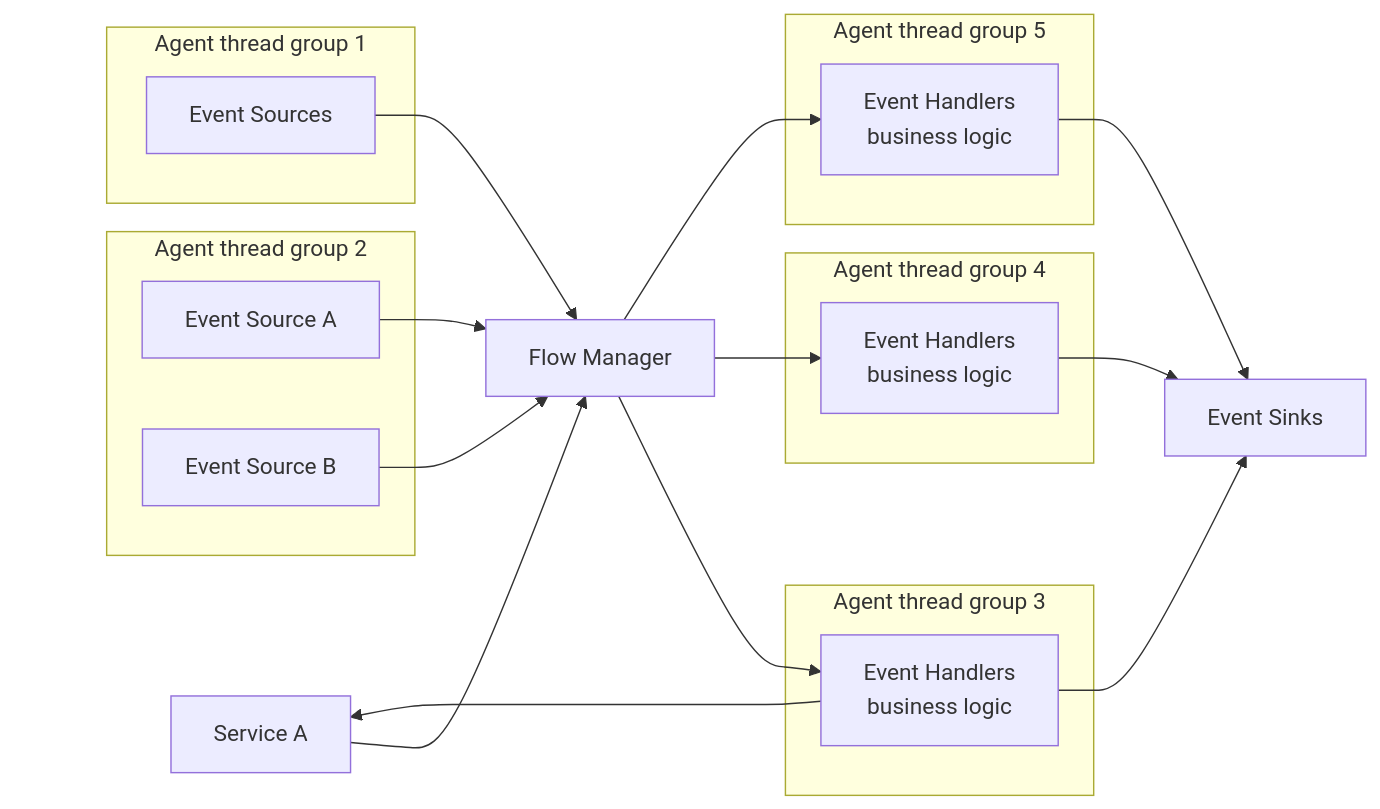
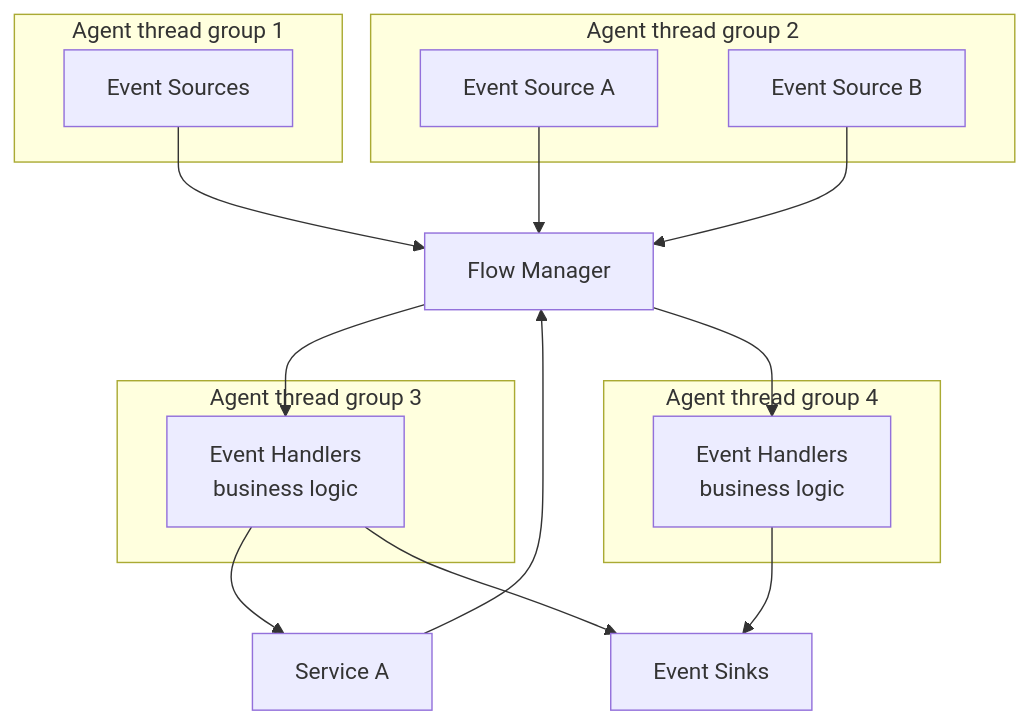
The first of 2 diagrams in docs/guide/overview.md (gregv12/fluxtion-server), drawn with Mermaid before and after one commit. The commit also changed 5 other files, not shown here.

Commit message:
update: refine documentation with consistent link formatting and improved flow diagrams

````diff
--- a/docs/guide/overview.md
+++ b/docs/guide/overview.md
@@ -8,44 +8,35 @@
 ```mermaid
-graph LR
-    classDef invis fill:transparent,stroke:transparent,color:transparent;
-    anchor(( )):::invis
-
-    anchor --> SVCA[Service A]
-    linkStyle 0 stroke:transparent,opacity:0;
+graph TD
 
     ES[Event Sources] --> FM[Flow Manager]
     ES2[Event Source A] --> FM[Flow Manager]
     ES3[Event Source B] --> FM[Flow Manager]
+
     SVCA[Service A] --> FM
     EH1 --> SVCA
+
     FM --> EH1[Event Handlers 
     business logic]
     FM --> EH2[Event Handlers 
     business logic]
-    FM --> EH3[Event Handlers 
-    business logic]
+
     EH1 --> ESK[Event Sinks]
     EH2 --> ESK[Event Sinks]
-    EH3 --> ESK[Event Sinks]
-
 
    subgraph "Agent thread group 2"
         ES2
         ES3
     end
     
     subgraph "Agent thread group 1"
         ES
     end
-    
 
     subgraph "Agent thread group 3"
         EH1
     end
     subgraph "Agent thread group 4"
         EH2
     end
-    subgraph "Agent thread group 5"
-        EH3
-    end
+
 ```
````
